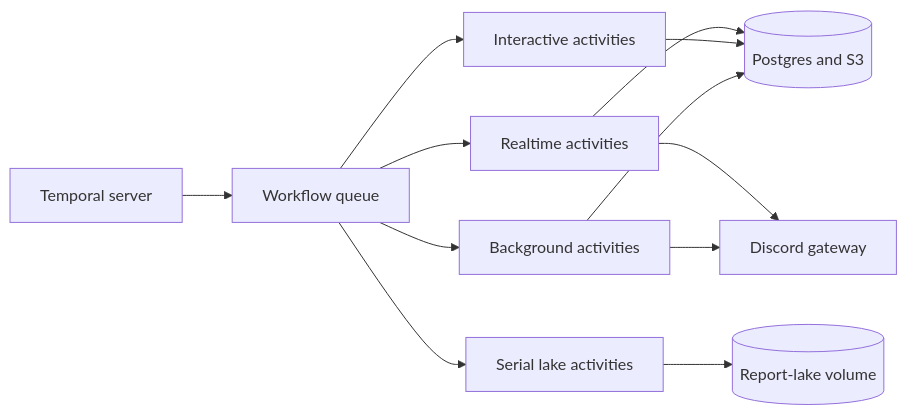
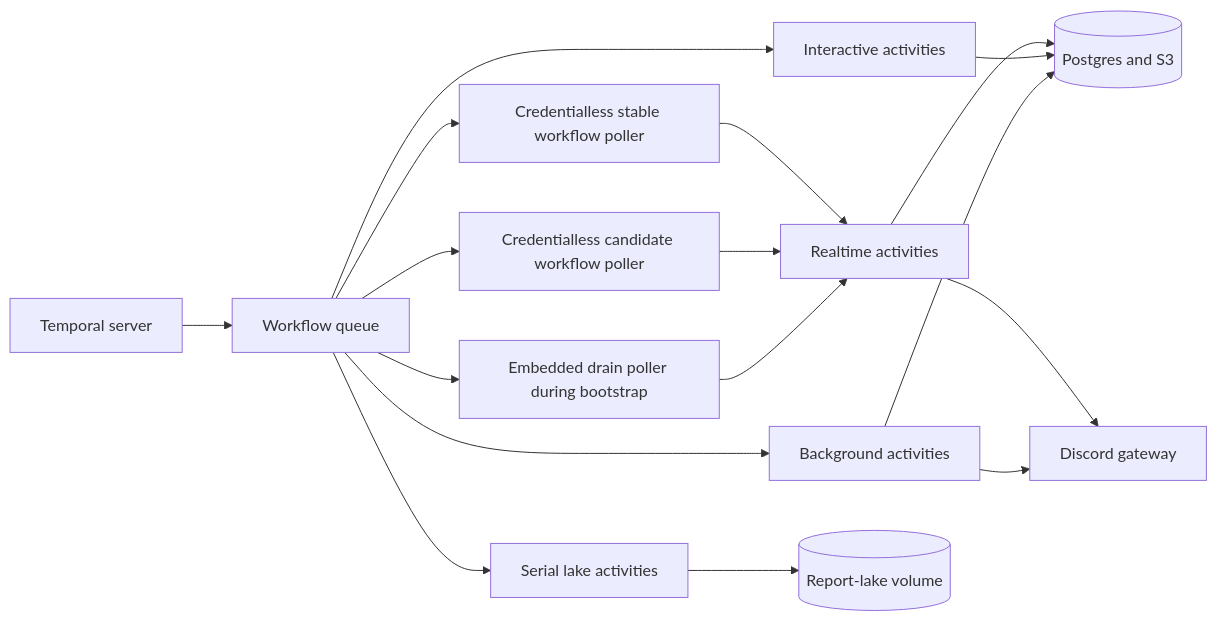
The diagram in packages/docs/wiki/src/content/docs/explanation/temporal/scout-orchestration.md (shepherdjerred/monorepo), drawn with Mermaid before and after one commit. The commit also changed other lines of this file and 13 other files, not shown here.

First line of the commit message:
feat(temporal): gate Scout beta workflow bootstrap

````diff
--- a/packages/docs/wiki/src/content/docs/explanation/temporal/scout-orchestration.md
+++ b/packages/docs/wiki/src/content/docs/explanation/temporal/scout-orchestration.md
@@ -16,17 +20,22 @@
 ```mermaid
 flowchart LR
   accTitle: Scout Temporal ownership and queue boundaries
-  accDescr: Temporal owns durable execution and dispatches workflow tasks to one orchestration queue. The embedded Scout backend consumes four activity queues, while Postgres and S3 retain product data and idempotent effects.
+  accDescr: Temporal dispatches deterministic workflow tasks to credentialless stable and candidate pollers and effectful activity tasks to the Scout backend. During bootstrap the embedded workflow poller drains old unversioned histories.
 
   T[Temporal server] --> W[Workflow queue]
-  W --> R[Realtime activities]
+  W --> S[Credentialless stable workflow poller]
+  W --> C[Credentialless candidate workflow poller]
+  W --> E[Embedded drain poller during bootstrap]
+  S --> R[Realtime activities]
+  C --> R
+  E --> R
   W --> I[Interactive activities]
   W --> B[Background activities]
   W --> L[Serial lake activities]
   R --> P[(Postgres and S3)]
   I --> P
   B --> P
   L --> V[(Report-lake volume)]
   R --> D[Discord gateway]
   B --> D
 ```
````
